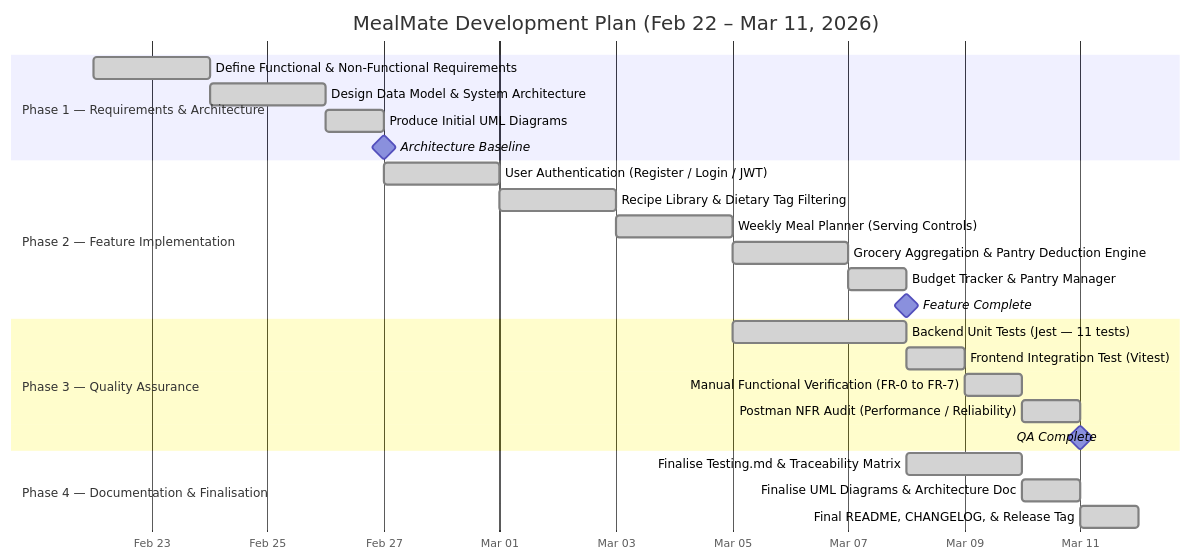
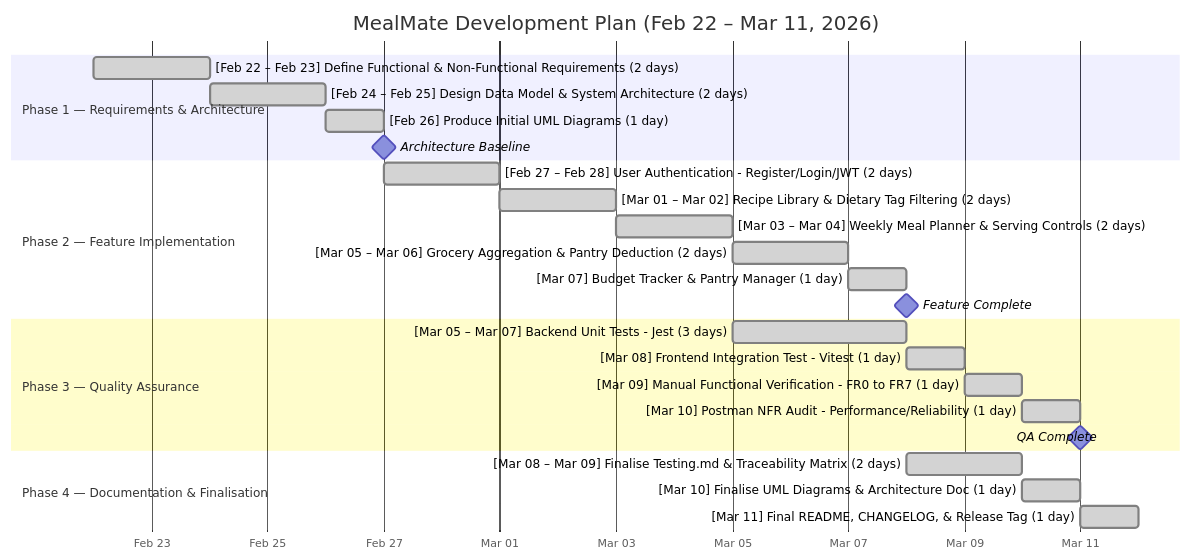
The diagram in docs/timeline.mmd (OmarIUBH/software-engineering-project), drawn with Mermaid before and after one commit. The commit also changed 1 other file, not shown here.

Commit message:
docs: explicitly label timeline dates and durations

```diff
--- a/docs/timeline.mmd
+++ b/docs/timeline.mmd
@@ -1,30 +1,30 @@
 gantt
     title MealMate Development Plan (Feb 22 – Mar 11, 2026)
     dateFormat  YYYY-MM-DD
     axisFormat  %b %d
 
     section Phase 1 — Requirements & Architecture
-    Define Functional & Non-Functional Requirements   : done, p1a, 2026-02-22, 2d
-    Design Data Model & System Architecture           : done, p1b, after p1a, 2d
-    Produce Initial UML Diagrams                      : done, p1c, after p1b, 1d
-    Architecture Baseline                             : milestone, m1, after p1c, 0d
+    [Feb 22 – Feb 23] Define Functional & Non-Functional Requirements (2 days) : done, p1a, 2026-02-22, 2d
+    [Feb 24 – Feb 25] Design Data Model & System Architecture (2 days)         : done, p1b, after p1a, 2d
+    [Feb 26] Produce Initial UML Diagrams (1 day)                              : done, p1c, after p1b, 1d
+    Architecture Baseline                                                      : milestone, m1, after p1c, 0d
 
     section Phase 2 — Feature Implementation
-    User Authentication (Register / Login / JWT)      : done, p2a, after m1, 2d
-    Recipe Library & Dietary Tag Filtering            : done, p2b, after p2a, 2d
-    Weekly Meal Planner (Serving Controls)            : done, p2c, after p2b, 2d
-    Grocery Aggregation & Pantry Deduction Engine     : done, p2d, after p2c, 2d
-    Budget Tracker & Pantry Manager                   : done, p2e, after p2d, 1d
-    Feature Complete                                  : milestone, m2, after p2e, 0d
+    [Feb 27 – Feb 28] User Authentication - Register/Login/JWT (2 days)        : done, p2a, after m1, 2d
+    [Mar 01 – Mar 02] Recipe Library & Dietary Tag Filtering (2 days)          : done, p2b, after p2a, 2d
+    [Mar 03 – Mar 04] Weekly Meal Planner & Serving Controls (2 days)          : done, p2c, after p2b, 2d
+    [Mar 05 – Mar 06] Grocery Aggregation & Pantry Deduction (2 days)          : done, p2d, after p2c, 2d
+    [Mar 07] Budget Tracker & Pantry Manager (1 day)                           : done, p2e, after p2d, 1d
+    Feature Complete                                                           : milestone, m2, after p2e, 0d
 
     section Phase 3 — Quality Assurance
-    Backend Unit Tests (Jest — 11 tests)              : done, p3a, 2026-03-05, 3d
-    Frontend Integration Test (Vitest)                : done, p3b, after p3a, 1d
-    Manual Functional Verification (FR-0 to FR-7)     : done, p3c, after p3b, 1d
-    Postman NFR Audit (Performance / Reliability)     : done, p3d, after p3c, 1d
-    QA Complete                                       : milestone, m3, after p3d, 0d
+    [Mar 05 – Mar 07] Backend Unit Tests - Jest (3 days)                       : done, p3a, 2026-03-05, 3d
+    [Mar 08] Frontend Integration Test - Vitest (1 day)                        : done, p3b, after p3a, 1d
+    [Mar 09] Manual Functional Verification - FR0 to FR7 (1 day)               : done, p3c, after p3b, 1d
+    [Mar 10] Postman NFR Audit - Performance/Reliability (1 day)               : done, p3d, after p3c, 1d
+    QA Complete                                                                : milestone, m3, after p3d, 0d
 
     section Phase 4 — Documentation & Finalisation
-    Finalise Testing.md & Traceability Matrix         : done, p4a, 2026-03-08, 2d
-    Finalise UML Diagrams & Architecture Doc          : done, p4b, after p4a, 1d
-    Final README, CHANGELOG, & Release Tag            : done, p4c, after p4b, 1d
+    [Mar 08 – Mar 09] Finalise Testing.md & Traceability Matrix (2 days)       : done, p4a, 2026-03-08, 2d
+    [Mar 10] Finalise UML Diagrams & Architecture Doc (1 day)                  : done, p4b, after p4a, 1d
+    [Mar 11] Final README, CHANGELOG, & Release Tag (1 day)                    : done, p4c, after p4b, 1d
```
